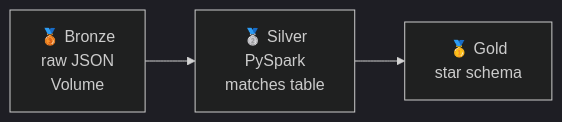
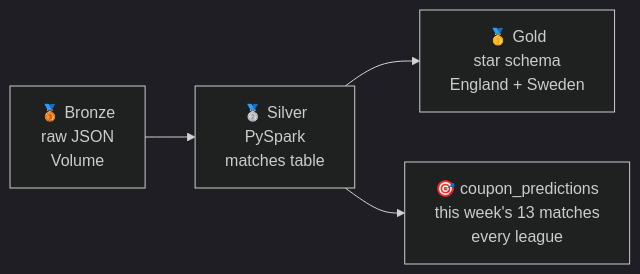
The first of 2 diagrams in README.md (adamwillner/stryktipset-project-databricks), drawn with Mermaid (dark theme) before and after one commit. The commit also changed other lines of this file, not shown here.

````diff
--- a/README.md
+++ b/README.md
@@ -7,5 +7,6 @@
 ```mermaid
 flowchart LR
     A["🥉 Bronze<br/>raw JSON<br/>Volume"] --> B["🥈 Silver<br/>PySpark<br/>matches table"]
-    B --> C["🥇 Gold<br/>star schema"]
+    B --> C["🥇 Gold<br/>star schema<br/>England + Sweden"]
+    B --> D["🎯 coupon_predictions<br/>this week's 13 matches<br/>every league"]
 ```
````
